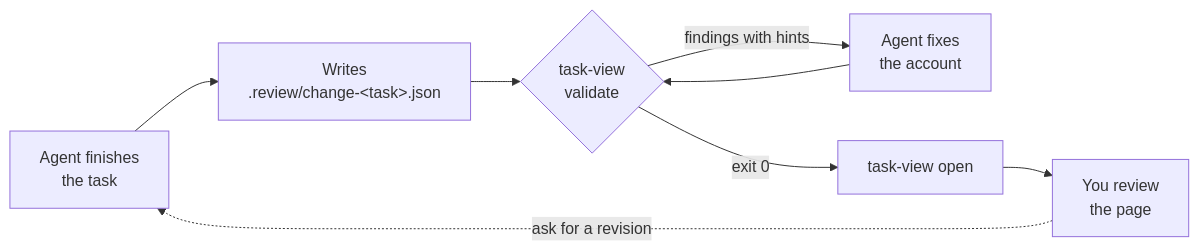
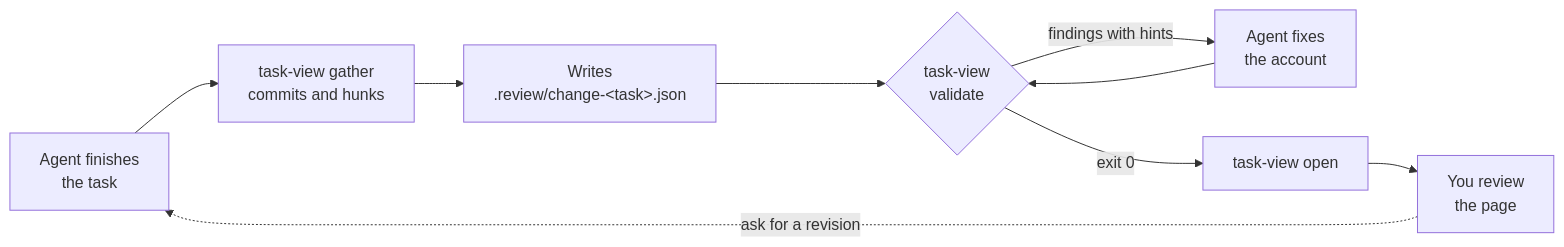
The diagram in README.md (gtindo/task-view), drawn with Mermaid before and after one commit. The commit also changed other lines of this file and 17 other files, not shown here.

````diff
--- a/README.md
+++ b/README.md
@@ -254,10 +255,11 @@
 ```mermaid
 flowchart LR
-    A["Agent finishes<br/>the task"] --> W["Writes<br/>.review/change-#lt;task#gt;.json"]
+    A["Agent finishes<br/>the task"] --> G["task-view gather<br/>commits and hunks"]
+    G --> W["Writes<br/>.review/change-#lt;task#gt;.json"]
     W --> V{"task-view<br/>validate"}
     V -- "findings with hints" --> F["Agent fixes<br/>the account"]
     F --> V
     V -- "exit 0" --> O["task-view open"]
     O --> R["You review<br/>the page"]
     R -. "ask for a revision" .-> A
 ```
````
